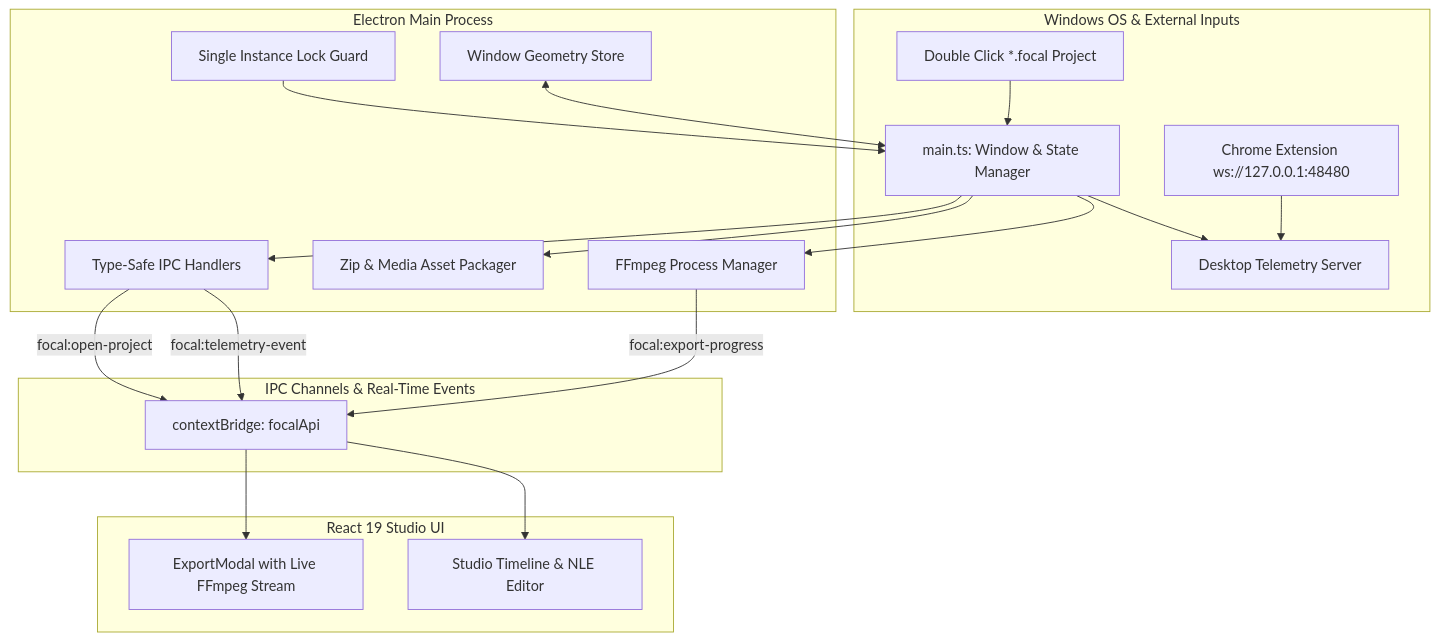
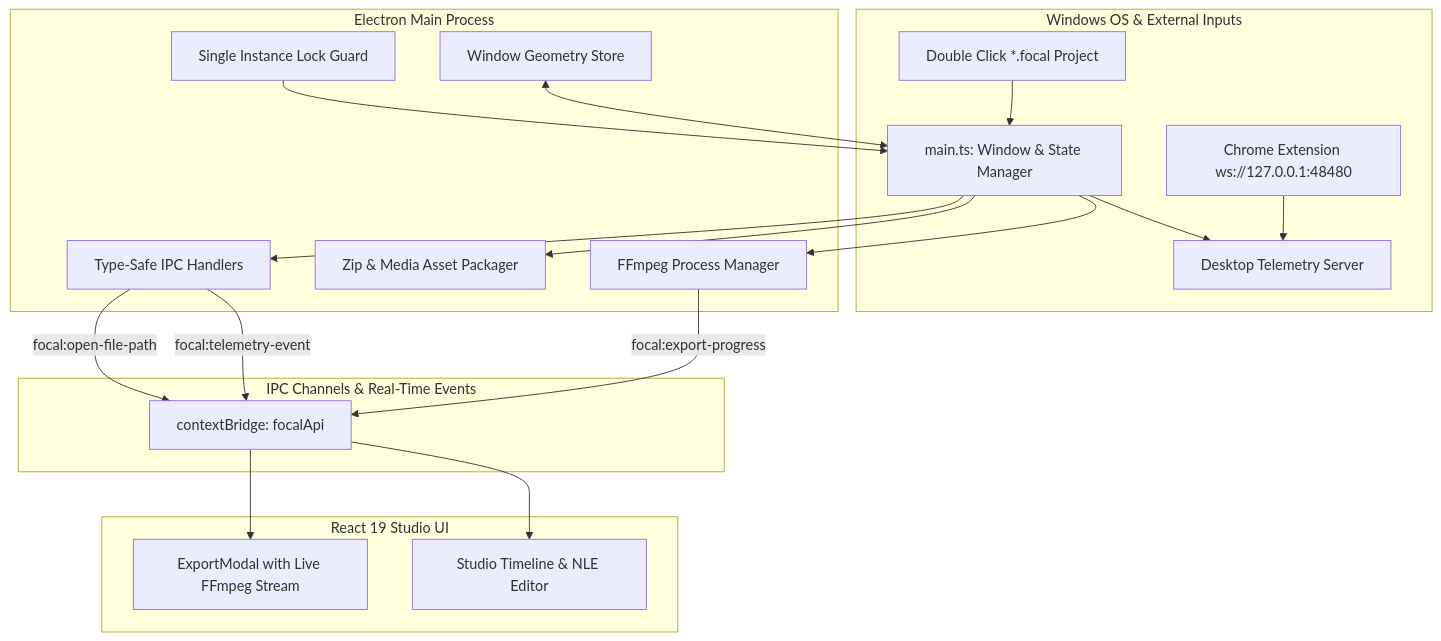
Before and after one commit to dhaatrik/focal-dom: the diagram in TODO/Improve_Desktop_App.md, drawn with Mermaid. The commit also changed other lines of this file, not shown here.

Commit message:
docs(plan): refine Improve_Desktop_App roadmap with granular phases and subphase checklists

````diff
--- a/TODO/Improve_Desktop_App.md
+++ b/TODO/Improve_Desktop_App.md
@@ -62,27 +62,27 @@
 ```mermaid
 flowchart TD
     subgraph OS_Layer [Windows OS & External Inputs]
         FILE_ASSOC[Double Click *.focal Project] --> MAIN
         EXT_WS[Chrome Extension ws://127.0.0.1:48480] --> WS_SRV[Desktop Telemetry Server]
     end
 
     subgraph Main_Process [Electron Main Process]
         LOCK[Single Instance Lock Guard] --> MAIN[main.ts: Window & State Manager]
         STATE[Window Geometry Store] <--> MAIN
         MAIN --> WS_SRV
         MAIN --> FFMPEG_MGR[FFmpeg Process Manager]
         MAIN --> FILE_MGR[Zip & Media Asset Packager]
         MAIN --> IPC_BRIDGE[Type-Safe IPC Handlers]
     end
 
     subgraph IPC_Channels [IPC Channels & Real-Time Events]
         IPC_BRIDGE -->|focal:telemetry-event| PRELOAD[contextBridge: focalApi]
         FFMPEG_MGR -->|focal:export-progress| PRELOAD
-        IPC_BRIDGE -->|focal:open-project| PRELOAD
+        IPC_BRIDGE -->|focal:open-file-path| PRELOAD
     end
 
     subgraph Renderer_UI [React 19 Studio UI]
         PRELOAD --> STUDIO[Studio Timeline & NLE Editor]
         PRELOAD --> MODAL[ExportModal with Live FFmpeg Stream]
     end
 ```
````
